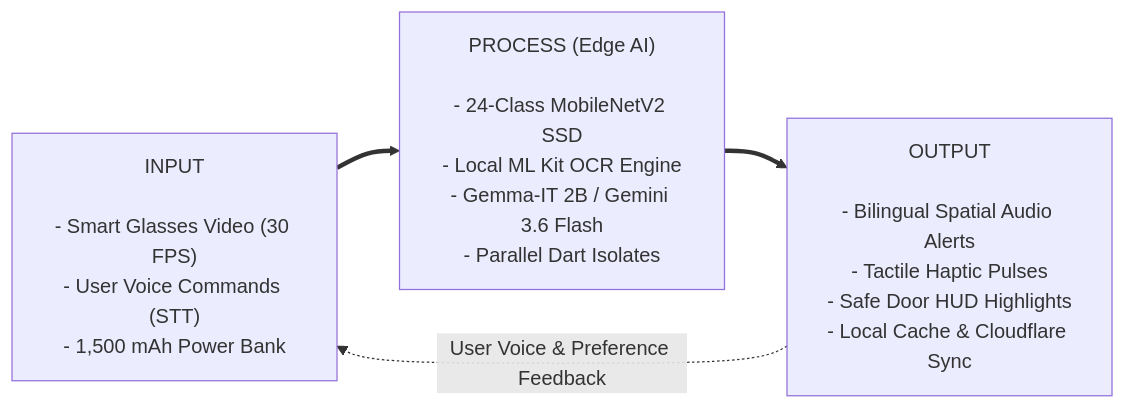
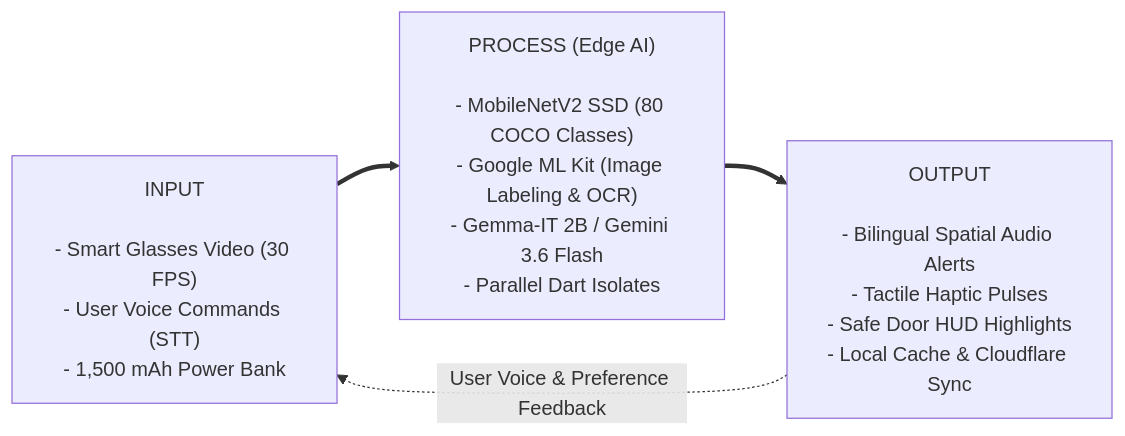
One commit to Thes-IS-IT/Easylens changed the first of 4 diagrams in docs/architecture/conceptual_framework.md. Above: the diagram before and after it, drawn with Mermaid. The commit also changed other lines of this file, not shown here.

Commit message:
docs: add Google ML Kit Image Labeling and 80 COCO classes for MobileNetV2 SSD in conceptual framework process stage

````diff
--- a/docs/architecture/conceptual_framework.md
+++ b/docs/architecture/conceptual_framework.md
@@ -35,10 +35,10 @@
 ```mermaid
 flowchart LR
     INPUT["INPUT\n\n- Smart Glasses Video (30 FPS)\n- User Voice Commands (STT)\n- 1,500 mAh Power Bank"] 
     ==> 
-    PROCESS["PROCESS (Edge AI)\n\n- 24-Class MobileNetV2 SSD\n- Local ML Kit OCR Engine\n- Gemma-IT 2B / Gemini 3.6 Flash\n- Parallel Dart Isolates"] 
+    PROCESS["PROCESS (Edge AI)\n\n- MobileNetV2 SSD (80 COCO Classes)\n- Google ML Kit (Image Labeling & OCR)\n- Gemma-IT 2B / Gemini 3.6 Flash\n- Parallel Dart Isolates"] 
     ==> 
     OUTPUT["OUTPUT\n\n- Bilingual Spatial Audio Alerts\n- Tactile Haptic Pulses\n- Safe Door HUD Highlights\n- Local Cache & Cloudflare Sync"]
 
     OUTPUT -.->|"User Voice & Preference Feedback"| INPUT
 ```
````
